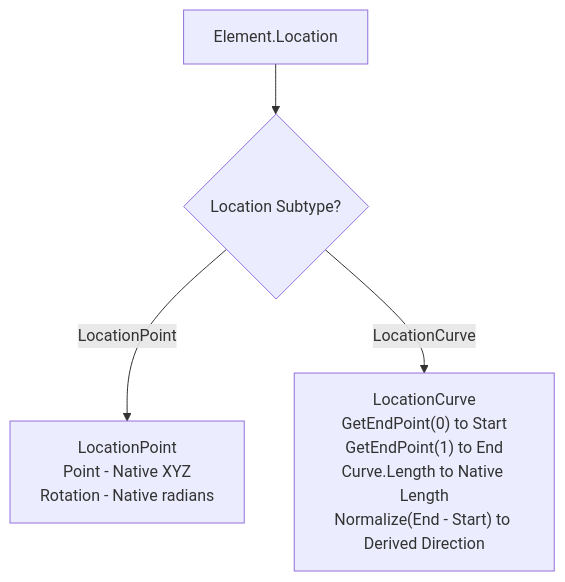
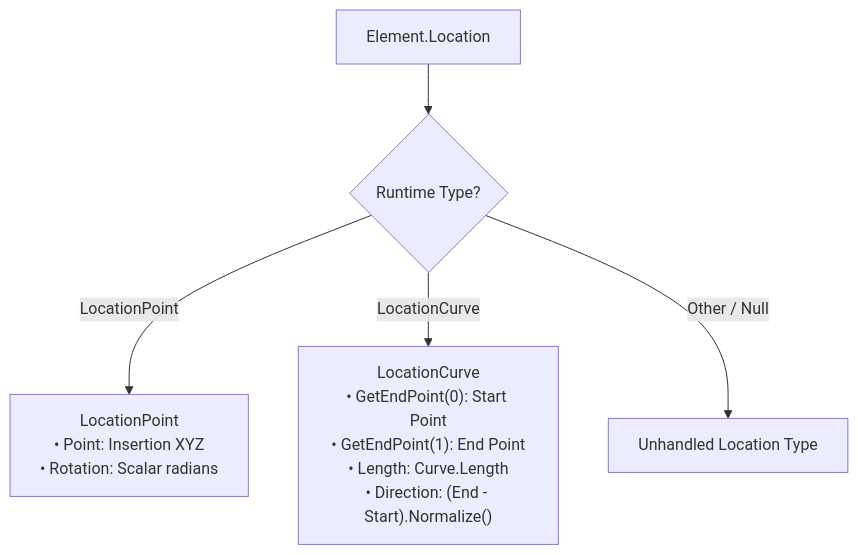
Before and after one commit to Mustafa-TOMMY/CommandSamplesRevitApiVer2025: the sixth of 21 diagrams in RevitApiSamples/Samples/TransformModule/TransformModule.md, drawn with Mermaid. The commit also changed other lines of this file, not shown here.

Commit message:
Update mermaid file

````diff
--- a/RevitApiSamples/Samples/TransformModule/TransformModule.md
+++ b/RevitApiSamples/Samples/TransformModule/TransformModule.md
@@ -246,6 +317,7 @@
 ```mermaid
 flowchart TD
-    LOC["Element.Location"] --> CHECK{Location Subtype?}
-    CHECK -->|LocationPoint| LP["LocationPoint<br/>Point - Native XYZ<br/>Rotation - Native radians"]
-    CHECK -->|LocationCurve| LC["LocationCurve<br/>GetEndPoint(0) to Start<br/>GetEndPoint(1) to End<br/>Curve.Length to Native Length<br/>Normalize(End - Start) to Derived Direction"]
+    E["Element.Location"] --> CHK{"Runtime Type?"}
+    CHK -->|LocationPoint| LP["LocationPoint<br/>• Point: Insertion XYZ<br/>• Rotation: Scalar radians"]
+    CHK -->|LocationCurve| LC["LocationCurve<br/>• GetEndPoint(0): Start Point<br/>• GetEndPoint(1): End Point<br/>• Length: Curve.Length<br/>• Direction: (End - Start).Normalize()"]
+    CHK -->|Other / Null| UNK["Unhandled Location Type"]
 ```
````
